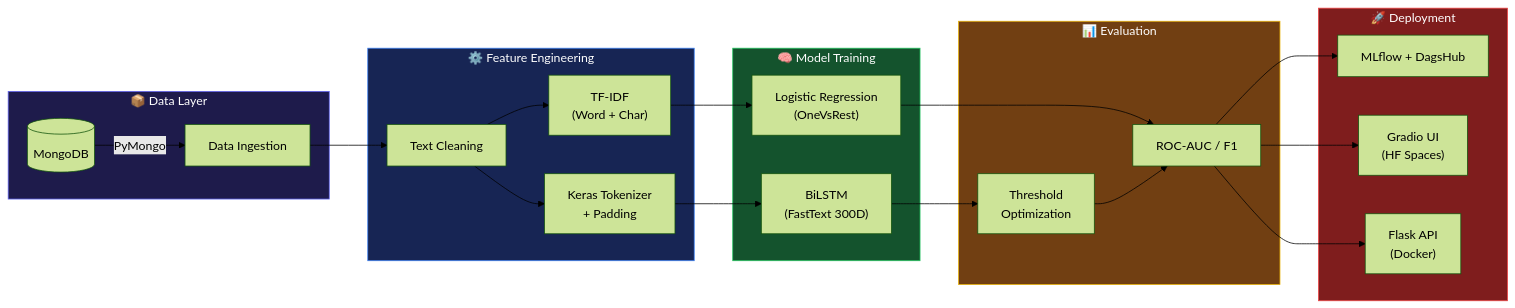
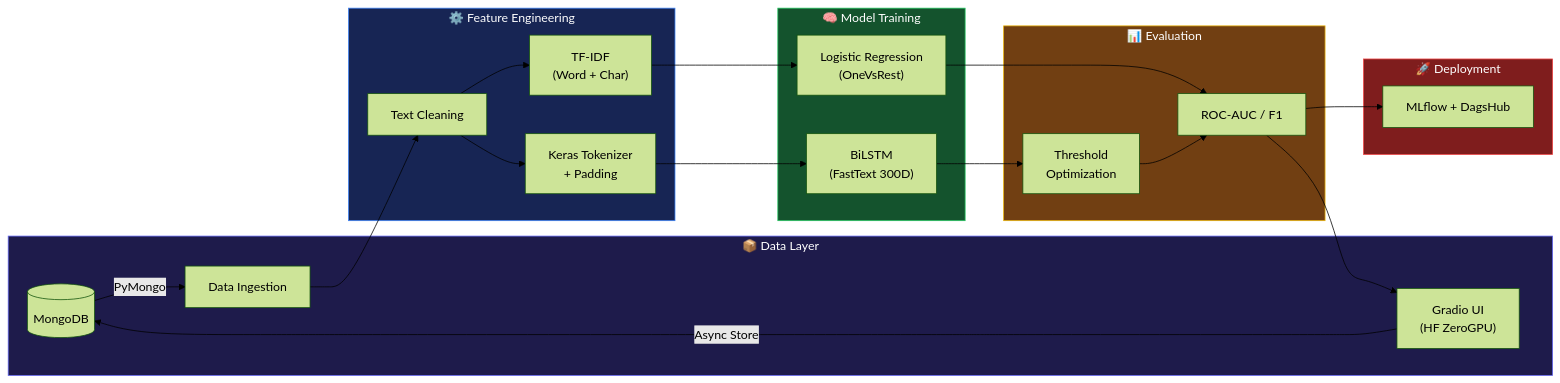
One commit to vyash0048-bit/Toxic-Comment-Classifier changed the first of 2 diagrams in README.md. Above: the diagram before and after it, drawn with Mermaid (forest theme). The commit also changed other lines of this file, not shown here.

Commit message:
docs: update README to reflect pure Gradio ZeroGPU architecture and add MongoDB logging details

````diff
--- a/README.md
+++ b/README.md
@@ -89,35 +89,35 @@
 ```mermaid
 flowchart LR
     subgraph Data["📦 Data Layer"]
         A[(MongoDB)] -->|PyMongo| B[Data Ingestion]
+        K -->|Async Store| A
     end
 
     subgraph Preprocessing["⚙️ Feature Engineering"]
         B --> C[Text Cleaning]
         C --> D["TF-IDF\n(Word + Char)"]
         C --> E["Keras Tokenizer\n+ Padding"]
     end
 
     subgraph Models["🧠 Model Training"]
         D --> F["Logistic Regression\n(OneVsRest)"]
         E --> G["BiLSTM\n(FastText 300D)"]
     end
 
     subgraph Evaluation["📊 Evaluation"]
         F --> H[ROC-AUC / F1]
         G --> I["Threshold\nOptimization"]
         I --> H
     end
 
     subgraph Deployment["🚀 Deployment"]
         H --> J[MLflow + DagsHub]
-        H --> K["Gradio UI\n(HF Spaces)"]
-        H --> L["Flask API\n(Docker)"]
+        H --> K["Gradio UI\n(HF ZeroGPU)"]
     end
 
     style Data fill:#1e1b4b,stroke:#6366f1,color:#fff
     style Preprocessing fill:#172554,stroke:#3b82f6,color:#fff
     style Models fill:#14532d,stroke:#22c55e,color:#fff
     style Evaluation fill:#713f12,stroke:#eab308,color:#fff
     style Deployment fill:#7f1d1d,stroke:#ef4444,color:#fff
 ```
````
